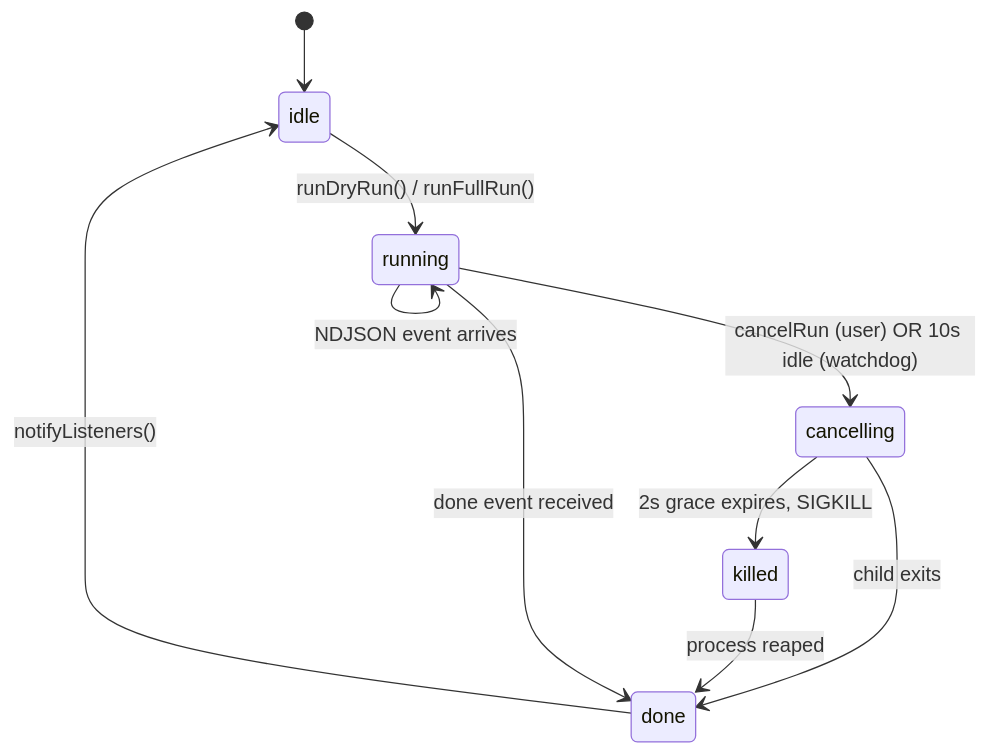
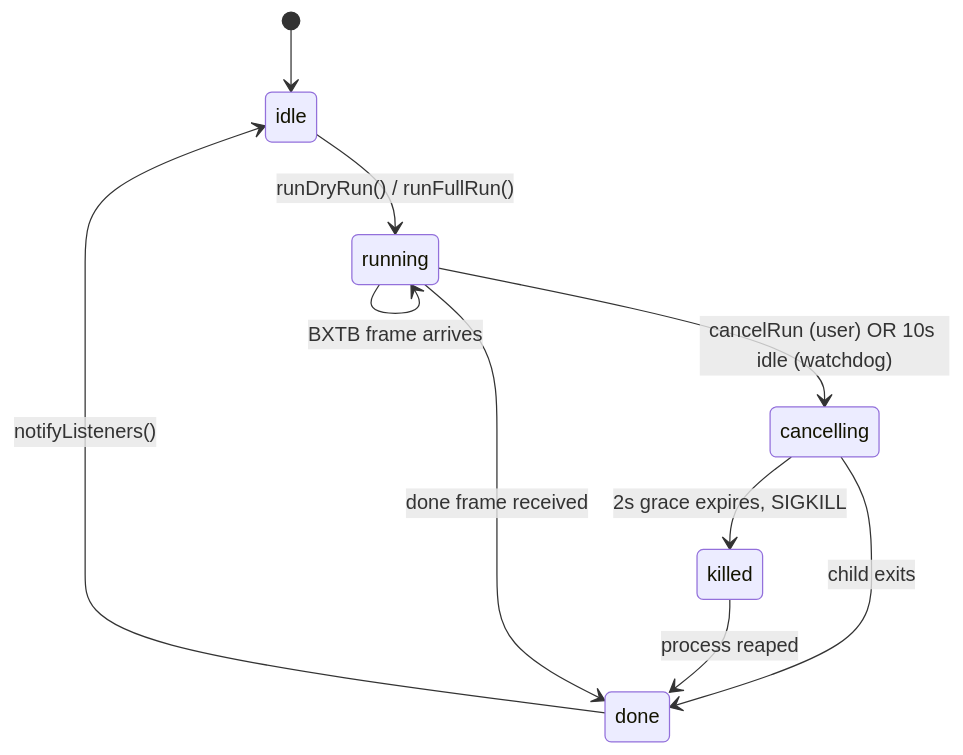
Before and after one commit to zaxified/bxp: the eighth of 15 diagrams in docs/architecture.md, drawn with Mermaid. The commit also changed other lines of this file and 3 other files, not shown here.

````diff
--- a/docs/architecture.md
+++ b/docs/architecture.md
@@ -544,12 +538,12 @@
 ```mermaid
 stateDiagram-v2
     [*] --> idle
     idle --> running: runDryRun() / runFullRun()
-    running --> running: NDJSON event arrives
+    running --> running: BXTB frame arrives
     running --> cancelling: cancelRun (user) OR 10s idle (watchdog)
     cancelling --> done: child exits
     cancelling --> killed: 2s grace expires, SIGKILL
     killed --> done: process reaped
-    running --> done: done event received
+    running --> done: done frame received
     done --> idle: notifyListeners()
 ```
````
